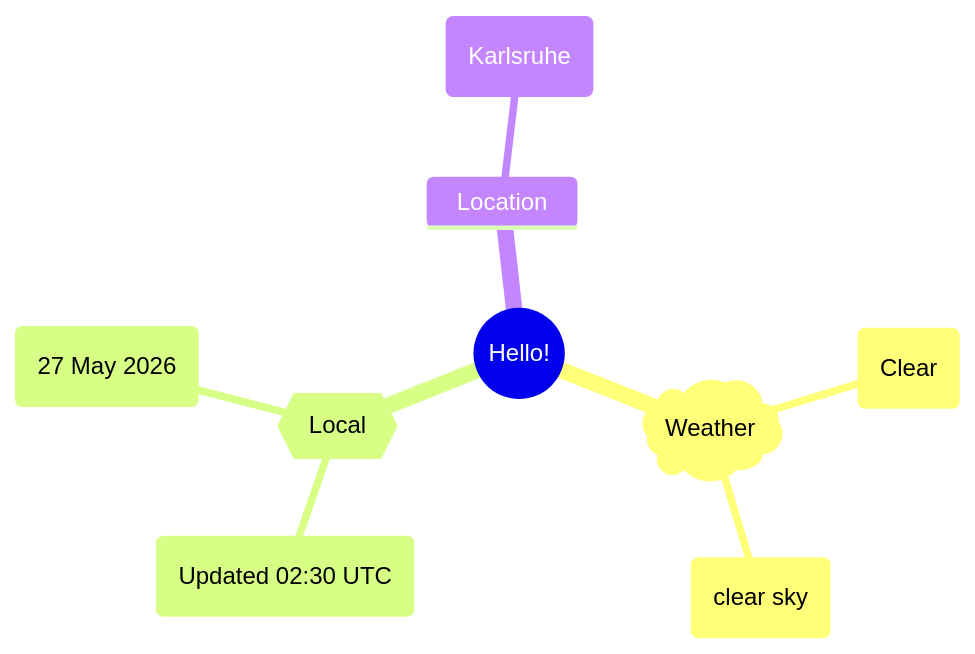
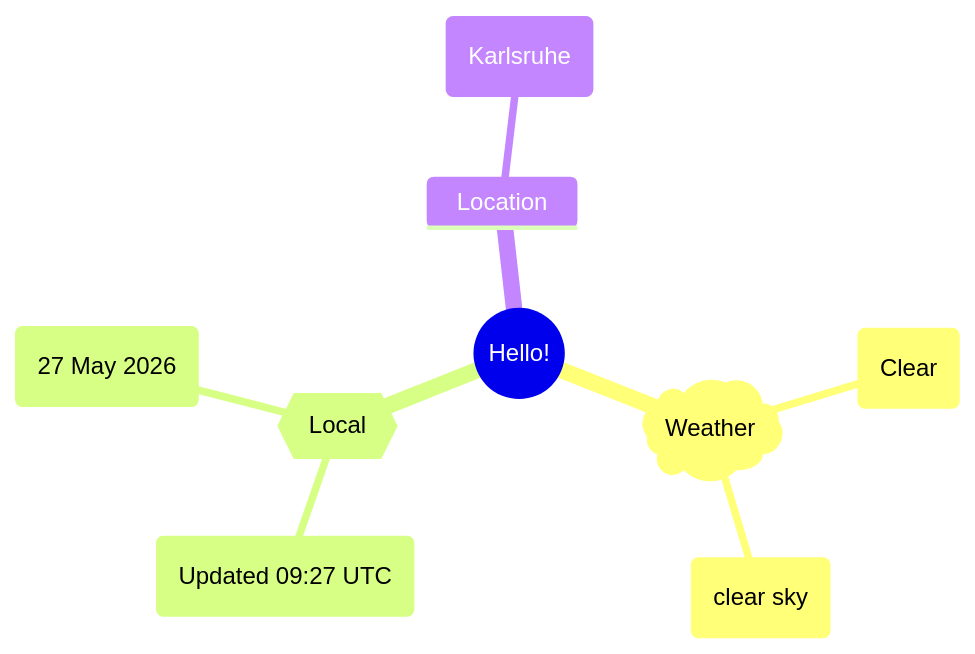
Before and after one commit to Xosrov/Xosrov: the first of 2 diagrams in README.md, drawn with Mermaid.

Commit message:
[bot] updated images

````diff
--- a/README.md
+++ b/README.md
@@ -3,12 +3,12 @@
 ```mermaid
 mindmap
   root((Hello!))
     )Weather(
         (Clear)
         (clear sky)
     {{Local}}
-        (Updated 02:30 UTC)
+        (Updated 09:27 UTC)
         (27 May 2026)
     Location
         (Karlsruhe)
 ```
````
